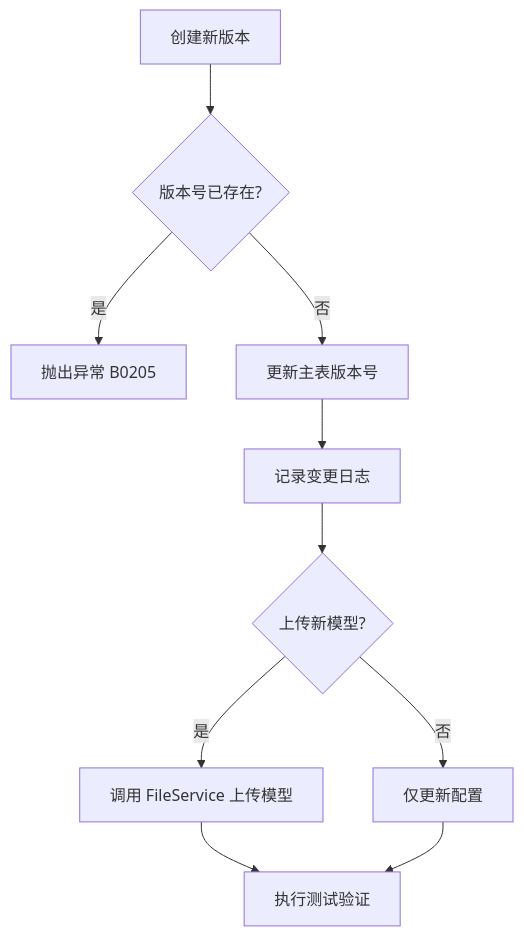
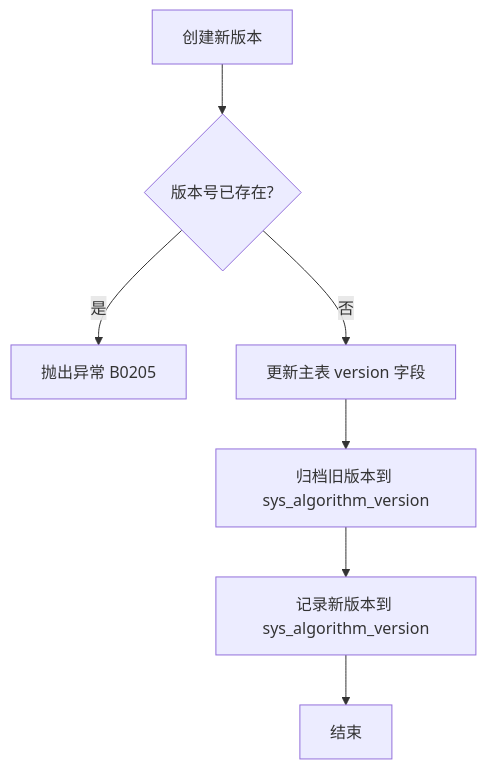
The third of 4 diagrams in dehaze-doc/docs/03-模块设计/核心模块/算法管理/后端实现.md (earthy-zinc/dehaze-system), drawn with Mermaid before and after one commit. The commit also changed other lines of this file and 30 other files, not shown here.

````diff
--- a/dehaze-doc/docs/03-模块设计/核心模块/算法管理/后端实现.md
+++ b/dehaze-doc/docs/03-模块设计/核心模块/算法管理/后端实现.md
@@ -202,12 +202,9 @@
 ```mermaid
 graph TD
     A[创建新版本] --> B{版本号已存在?}
     B -->|是| C[抛出异常 B0205]
-    B -->|否| D[更新主表版本号]
-    D --> E[记录变更日志]
-    E --> F{上传新模型?}
-    F -->|是| G[调用 FileService 上传模型]
-    F -->|否| H[仅更新配置]
-    G --> I[执行测试验证]
-    H --> I
+    B -->|否| D[更新主表 version 字段]
+    D --> E[归档旧版本到 sys_algorithm_version]
+    E --> F[记录新版本到 sys_algorithm_version]
+    F --> G[结束]
 ```
````
